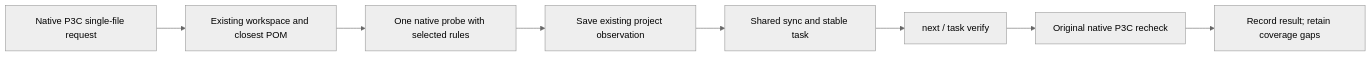
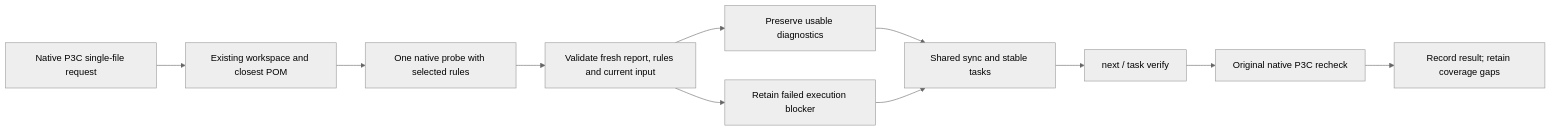
The second of 2 diagrams in docs/Codeguard-Native-Repair-Workflow.md (full-stack-plugins/codeguard), drawn with Mermaid (neutral theme) before and after one commit. The commit also changed other lines of this file and 18 other files, not shown here.

````diff
--- a/docs/Codeguard-Native-Repair-Workflow.md
+++ b/docs/Codeguard-Native-Repair-Workflow.md
@@ -186,10 +186,13 @@
 ```mermaid
 flowchart LR
     A[Native P3C single-file request] --> B[Existing workspace and closest POM]
     B --> C[One native probe with selected rules]
-    C --> D[Save existing project observation]
-    D --> E[Shared sync and stable task]
+    C --> V[Validate fresh report, rules and current input]
+    V --> D[Preserve usable diagnostics]
+    V --> X[Retain failed execution blocker]
+    D --> E[Shared sync and stable tasks]
+    X --> E
     E --> F[next / task verify]
     F --> G[Original native P3C recheck]
     G --> H[Record result; retain coverage gaps]
 ```
````
